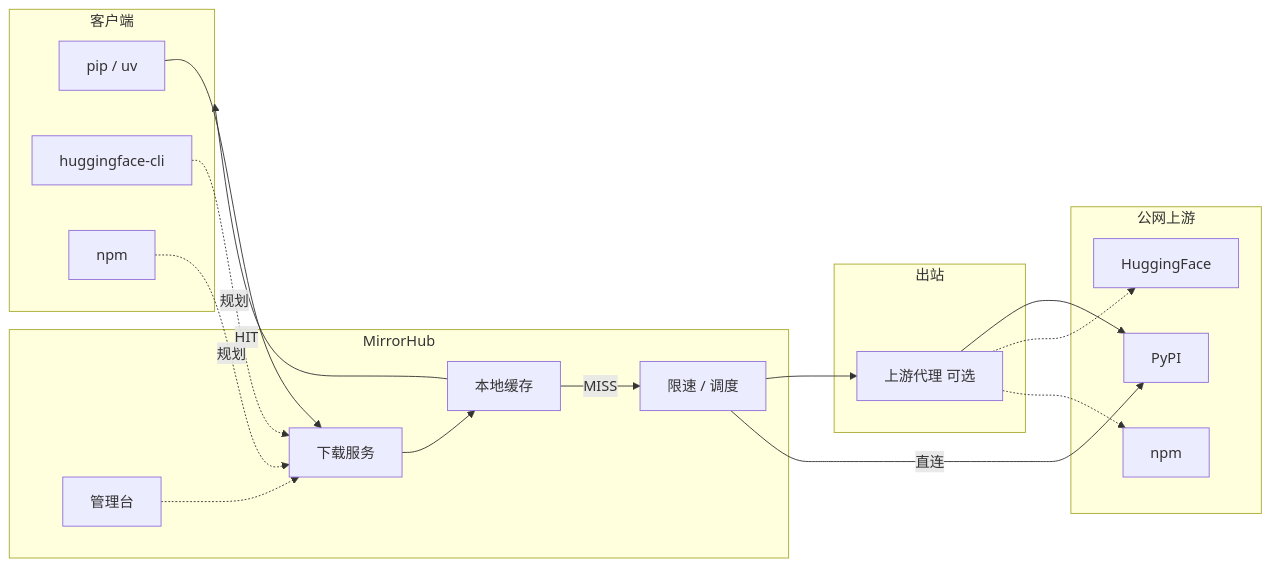
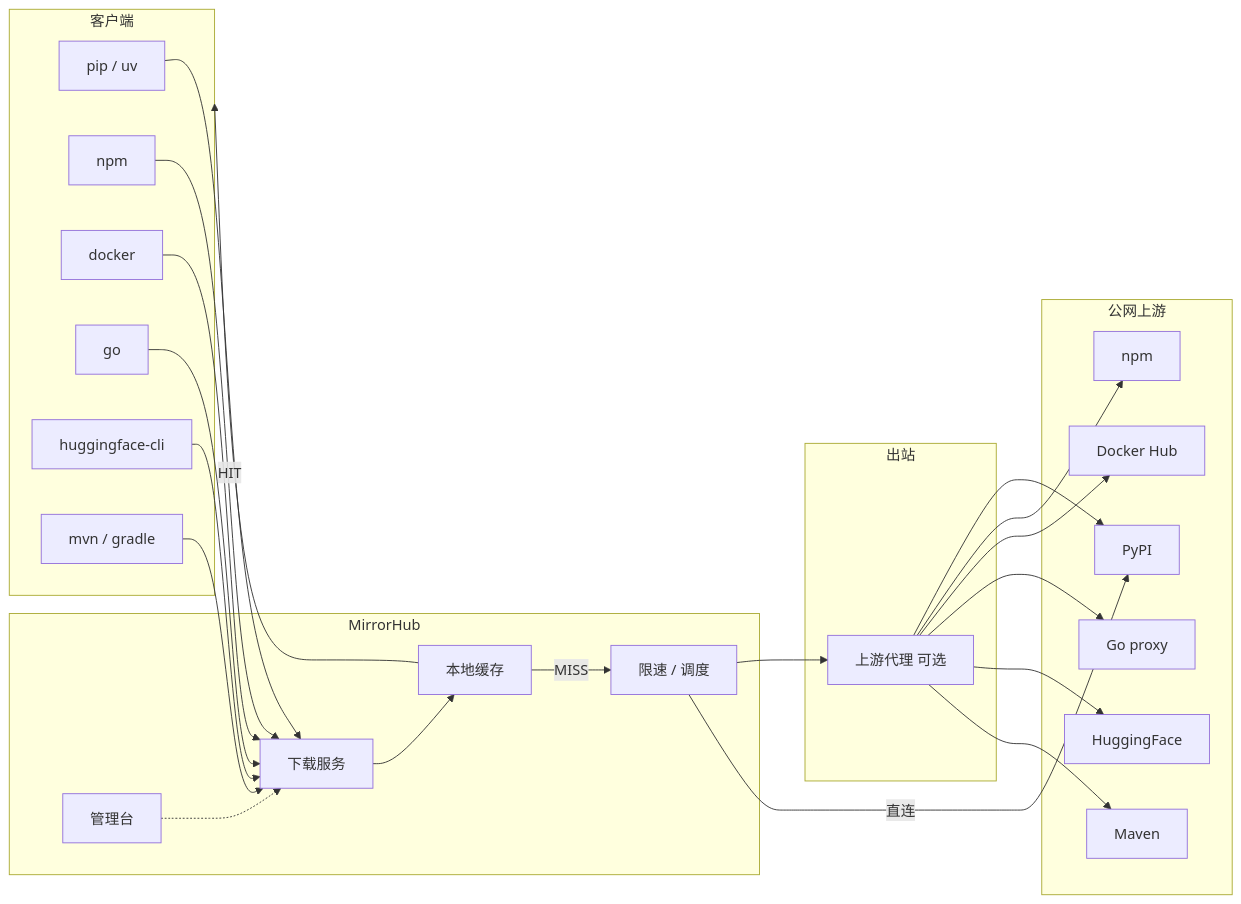
Before and after one commit to nihaoyanzu/mirrorhub: the diagram in README.zh-CN.md, drawn with Mermaid. The commit also changed other lines of this file and 1 other file, not shown here.

````diff
--- a/README.zh-CN.md
+++ b/README.zh-CN.md
@@ -140,38 +140,50 @@
 ```mermaid
 flowchart LR
   subgraph clients [客户端]
     PIP[pip / uv]
+    NPM[npm]
+    DOCKER[docker]
+    GO[go]
     HF[huggingface-cli]
-    NPM[npm]
+    MVN[mvn / gradle]
   end
 
   subgraph mh [MirrorHub]
     DL[下载服务]
     ADM[管理台]
     CACHE[本地缓存]
     RATE[限速 / 调度]
   end
 
   subgraph out [出站]
     UP[上游代理 可选]
   end
 
   subgraph remote [公网上游]
     PYPI[PyPI]
+    NPMREG[npm]
+    DREG[Docker Hub]
+    GOMOD[Go proxy]
     HFHUB[HuggingFace]
-    NPMREG[npm]
+    MAVEN[Maven]
   end
 
   PIP --> DL
-  HF -.->|规划| DL
-  NPM -.->|规划| DL
+  NPM --> DL
+  DOCKER --> DL
+  GO --> DL
+  HF --> DL
+  MVN --> DL
   ADM -.-> DL
   DL --> CACHE
   CACHE -->|MISS| RATE
   RATE --> UP
   UP --> PYPI
-  UP -.-> HFHUB
-  UP -.-> NPMREG
+  UP --> NPMREG
+  UP --> DREG
+  UP --> GOMOD
+  UP --> HFHUB
+  UP --> MAVEN
   RATE -->|直连| PYPI
   CACHE -->|HIT| clients
 ```
````
